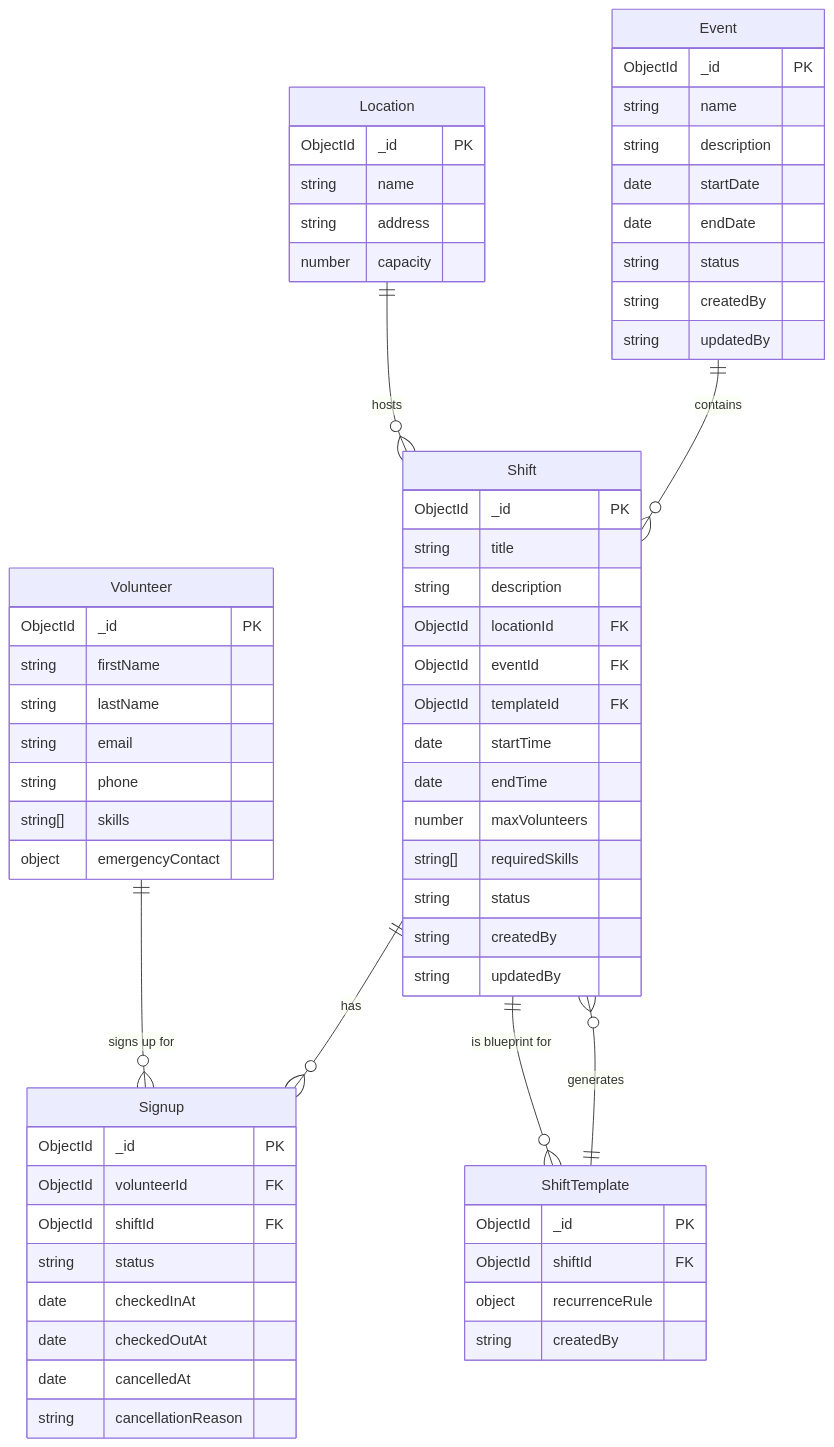
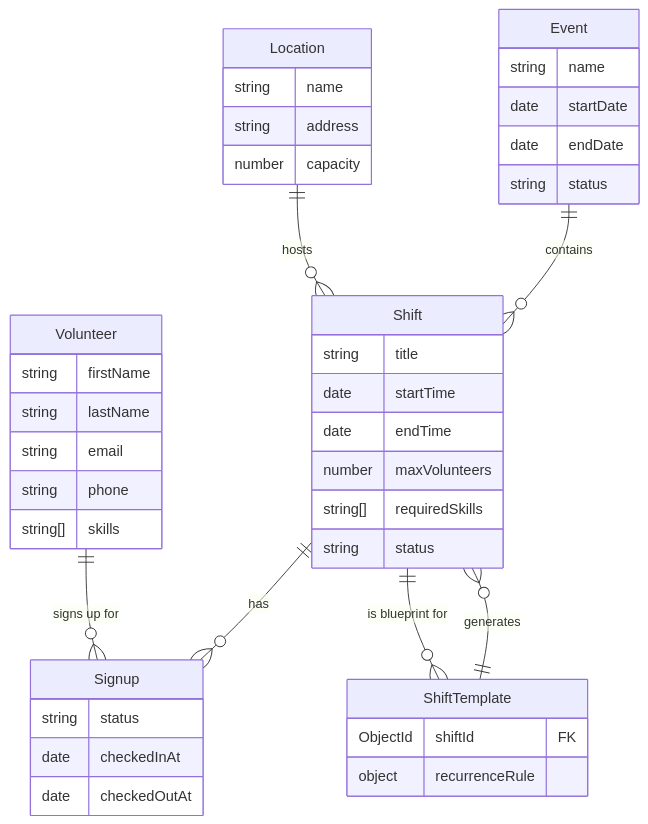
One commit to albogdan7/hackillinois-systems-c changed the diagram in README.md. Above: the diagram before and after it, drawn with Mermaid.

Commit message:
fix: database schema readability

````diff
--- a/README.md
+++ b/README.md
@@ -10,71 +10,45 @@
 ```mermaid
 erDiagram
-    Volunteer {
-        ObjectId _id PK
-        string firstName
-        string lastName
-        string email
-        string phone
-        string[] skills
-        object emergencyContact
-    }
-
-    Location {
-        ObjectId _id PK
-        string name
-        string address
-        number capacity
-    }
-
-    Event {
-        ObjectId _id PK
-        string name
-        string description
-        date startDate
-        date endDate
-        string status
-        string createdBy
-        string updatedBy
-    }
-
-    ShiftTemplate {
-        ObjectId _id PK
-        ObjectId shiftId FK
-        object recurrenceRule
-        string createdBy
-    }
-
-    Shift {
-        ObjectId _id PK
-        string title
-        string description
-        ObjectId locationId FK
-        ObjectId eventId FK
-        ObjectId templateId FK
-        date startTime
-        date endTime
-        number maxVolunteers
-        string[] requiredSkills
-        string status
-        string createdBy
-        string updatedBy
-    }
-
-    Signup {
-        ObjectId _id PK
-        ObjectId volunteerId FK
-        ObjectId shiftId FK
-        string status
-        date checkedInAt
-        date checkedOutAt
-        date cancelledAt
-        string cancellationReason
-    }
-
     Volunteer ||--o{ Signup : "signs up for"
     Shift ||--o{ Signup : "has"
     Location ||--o{ Shift : "hosts"
     Event ||--o{ Shift : "contains"
     Shift ||--o{ ShiftTemplate : "is blueprint for"
     ShiftTemplate ||--o{ Shift : "generates"
+
+    Volunteer {
+        string firstName
+        string lastName
+        string email
+        string phone
+        string[] skills
+    }
+    Location {
+        string name
+        string address
+        number capacity
+    }
+    Event {
+        string name
+        date startDate
+        date endDate
+        string status
+    }
+    Shift {
+        string title
+        date startTime
+        date endTime
+        number maxVolunteers
+        string[] requiredSkills
+        string status
+    }
+    ShiftTemplate {
+        ObjectId shiftId FK
+        object recurrenceRule
+    }
+    Signup {
+        string status
+        date checkedInAt
+        date checkedOutAt
+    }
 ```
````
